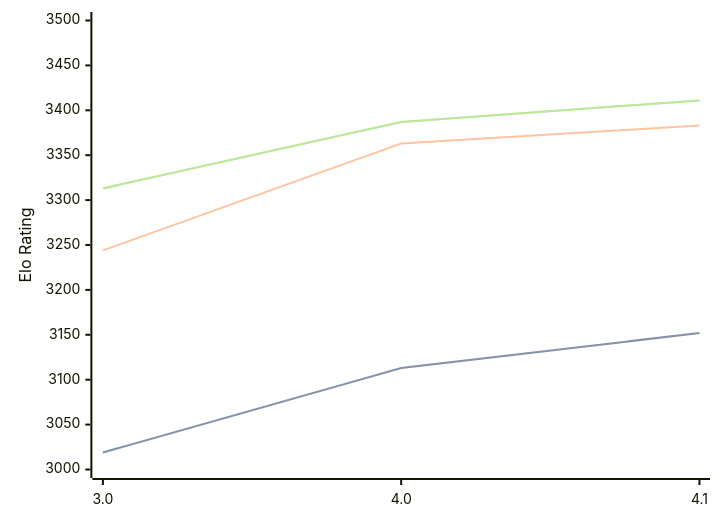
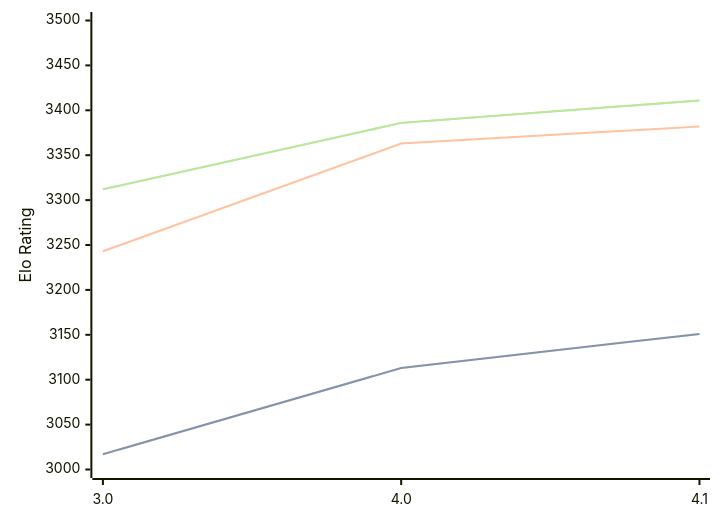
The diagram in engines/Eleanor.md (computer-chess-index/cci), drawn with Mermaid before and after one commit. The commit also changed other lines of this file, not shown here.

Commit message:
Update CCI Ratings (ELO VLTC) - 2026-08-03

````diff
--- a/engines/Eleanor.md
+++ b/engines/Eleanor.md
@@ -35,11 +35,11 @@
 ```mermaid
 %%{init: {"theme":"base","themeVariables":{"seriesColors:['#a3a3a3','#222221','#faa371']}}}%%
 xychart-beta
   x-axis ["3.0", "4.0", "4.1"]
   y-axis "Elo Rating" 3000 --> 3500
-  line "STC (8.0+0.08s)" [3019, 3113, 3152]
-  line "STC (8.0+0.08s)" [3019, 3113, 3152]
-  line "LTC (60.0+0.60s)" [3244, 3363, 3383]
-  line "VLTC (2m24s+1.12s)" [3313, 3387, 3411]
-  line "VLTC (2m24s+1.12s)" [3313, 3387, 3411]
+  line "STC (8.0+0.08s)" [3017, 3113, 3151]
+  line "STC (8.0+0.08s)" [3017, 3113, 3151]
+  line "LTC (60.0+0.60s)" [3243, 3363, 3382]
+  line "VLTC (2m24s+1.12s)" [3312, 3386, 3411]
+  line "VLTC (2m24s+1.12s)" [3312, 3386, 3411]
 ```
````
